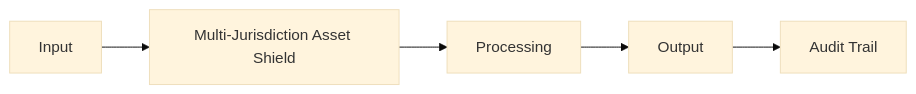
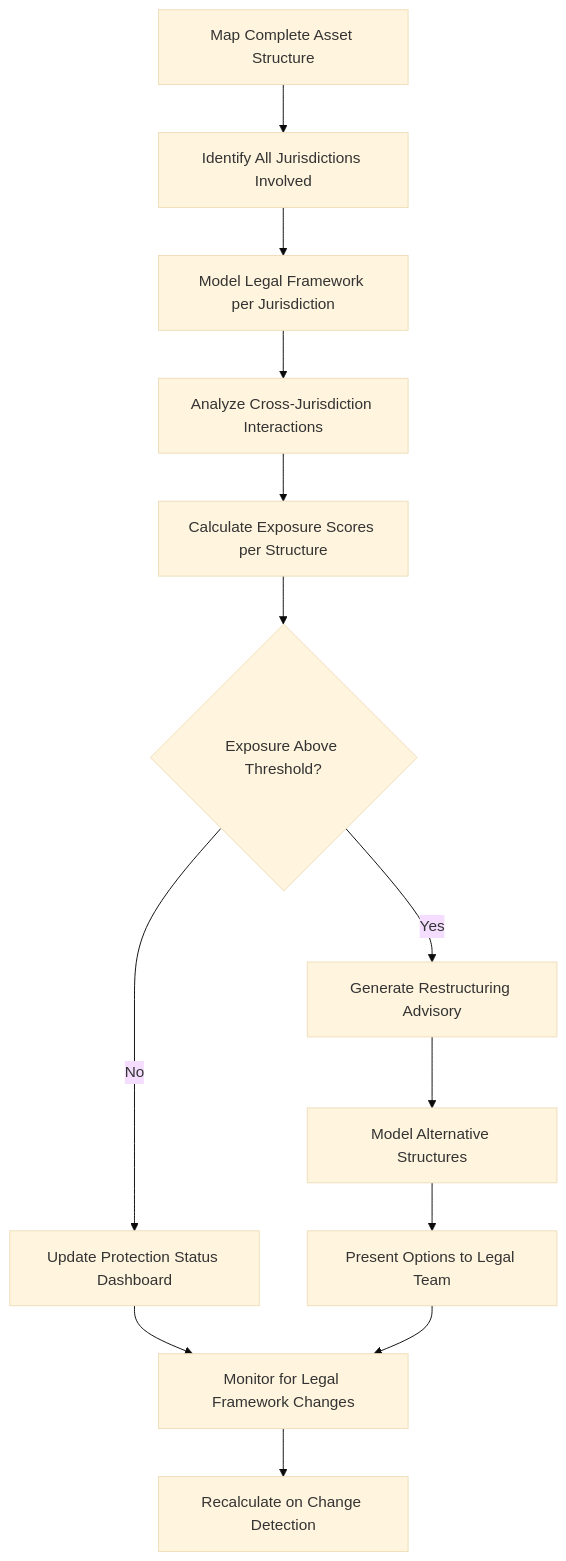
One commit to andrew-leo-2024/marketplace-docs changed the diagram in docs/audiences/05-dynasties/multi-jurisdiction-asset-shield.mdx. Above: the diagram before and after it, drawn with Mermaid (base theme). The commit also changed other lines of this file and 401 other files, not shown here.

First line of the commit message:
Fill all 309 stub pages with complete SOPs, BPMNs, and workflows

````diff
--- a/docs/audiences/05-dynasties/multi-jurisdiction-asset-shield.mdx
+++ b/docs/audiences/05-dynasties/multi-jurisdiction-asset-shield.mdx
@@ -29,7 +35,15 @@
 ```mermaid
-graph LR
-    A[Input] --> B[Multi-Jurisdiction Asset Shield]
-    B --> C[Processing]
-    C --> D[Output]
-    D --> E[Audit Trail]
+graph TD
+    A[Map Complete Asset Structure] --> B[Identify All Jurisdictions Involved]
+    B --> C[Model Legal Framework per Jurisdiction]
+    C --> D[Analyze Cross-Jurisdiction Interactions]
+    D --> E[Calculate Exposure Scores per Structure]
+    E --> F{Exposure Above Threshold?}
+    F -->|Yes| G[Generate Restructuring Advisory]
+    F -->|No| H[Update Protection Status Dashboard]
+    G --> I[Model Alternative Structures]
+    I --> J[Present Options to Legal Team]
+    H --> K[Monitor for Legal Framework Changes]
+    J --> K
+    K --> L[Recalculate on Change Detection]
 ```
````
